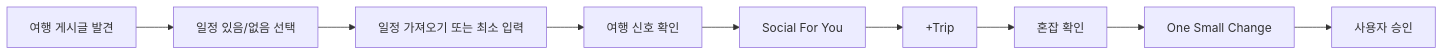
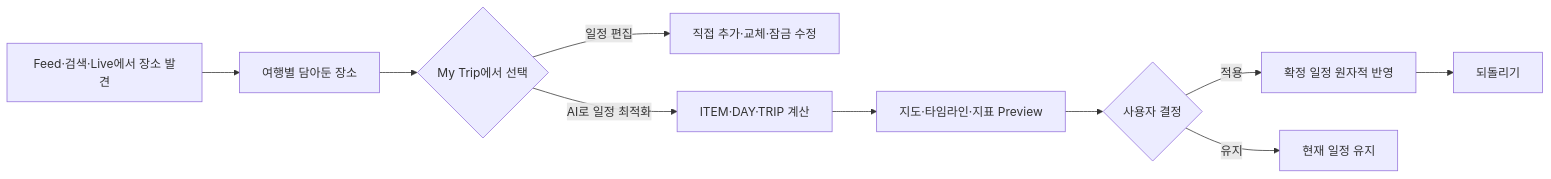
The first of 2 diagrams in README.md (yutakdv/Nullnull), drawn with Mermaid before and after one commit. The commit also changed other lines of this file and 3 other files, not shown here.

Commit message:
docs: My Trip 후보 보관함과 AI 일정 최적화 흐름 반영

````diff
--- a/README.md
+++ b/README.md
@@ -36,11 +32,12 @@
 ```mermaid
 flowchart LR
-    A[여행 게시글 발견] --> B[일정 있음/없음 선택]
-    B --> C[일정 가져오기 또는 최소 입력]
-    C --> D[여행 신호 확인]
-    D --> E[Social For You]
-    E --> F[+Trip]
-    F --> G[혼잡 확인]
-    G --> H[One Small Change]
-    H --> I[사용자 승인]
+    A[Feed·검색·Live에서 장소 발견] --> B[여행별 담아둔 장소]
+    B --> C{My Trip에서 선택}
+    C -->|일정 편집| D[직접 추가·교체·잠금 수정]
+    C -->|AI로 일정 최적화| E[ITEM·DAY·TRIP 계산]
+    E --> F[지도·타임라인·지표 Preview]
+    F --> G{사용자 결정}
+    G -->|적용| H[확정 일정 원자적 반영]
+    G -->|유지| I[현재 일정 유지]
+    H --> J[되돌리기]
 ```
````
